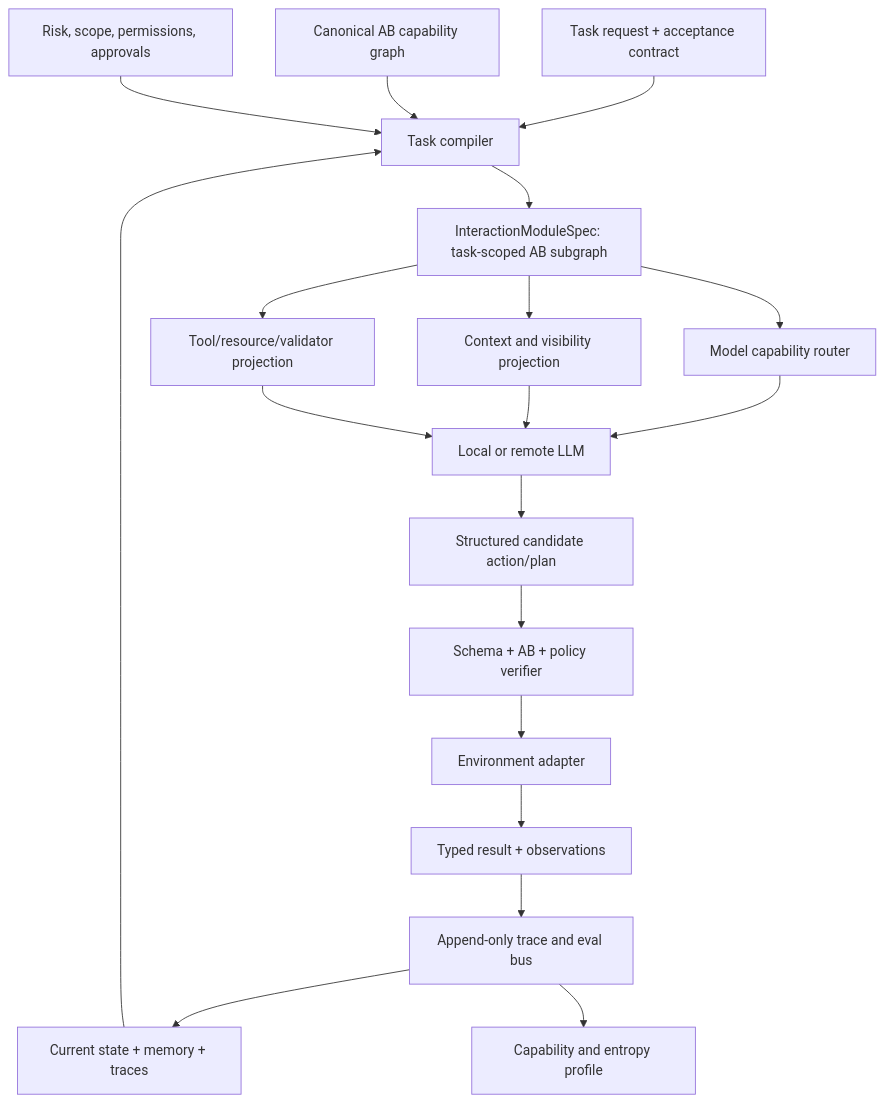
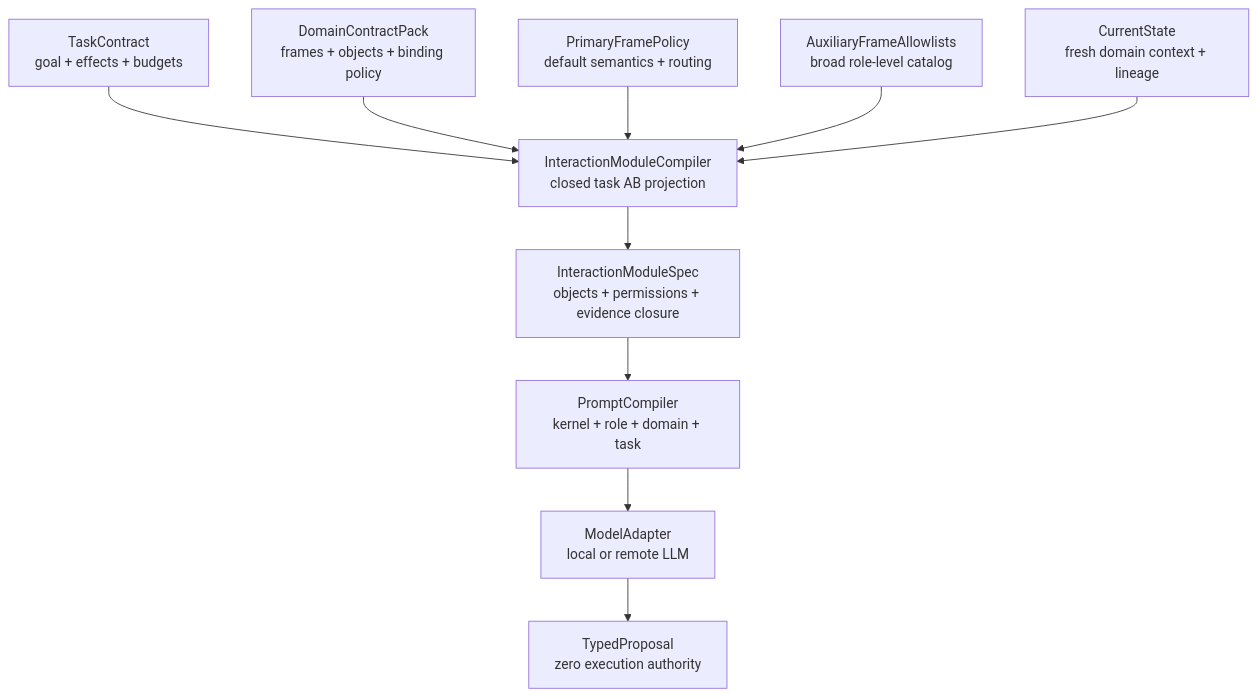
The third of 7 diagrams in docs/architecture/universal_agentic_harness_foundation.md (ieverythng/universal-agentic-harness), drawn with Mermaid before and after one commit. The commit also changed other lines of this file and 20 other files, not shown here.

````diff
--- a/docs/architecture/universal_agentic_harness_foundation.md
+++ b/docs/architecture/universal_agentic_harness_foundation.md
@@ -147,24 +250,23 @@
 ```mermaid
+%% uah-render: Figure 2. Role-authorized frames compiled into one task projection
 flowchart TB
-    Task["Task request + acceptance contract"] --> Compiler["Task compiler"]
-    State["Current state + memory + traces"] --> Compiler
-    AB["Canonical AB capability graph"] --> Compiler
-    Policy["Risk, scope, permissions, approvals"] --> Compiler
-
-    Compiler --> Module["InteractionModuleSpec: task-scoped AB subgraph"]
-    Module --> Context["Context and visibility projection"]
-    Module --> Tools["Tool/resource/validator projection"]
-    Module --> ModelRouter["Model capability router"]
-
-    ModelRouter --> Model["Local or remote LLM"]
-    Context --> Model
-    Tools --> Model
-    Model --> Candidate["Structured candidate action/plan"]
-
-    Candidate --> Verifier["Schema + AB + policy verifier"]
-    Verifier --> Runtime["Environment adapter"]
-    Runtime --> Evidence["Typed result + observations"]
-    Evidence --> Trace["Append-only trace and eval bus"]
-    Trace --> State
-    Trace --> Profile["Capability and entropy profile"]
+    Task["TaskContract<br/>goal + effects + budgets"]:::semantic
+    Domain["DomainContractPack<br/>frames + objects + binding policy"]:::semantic
+    Primary["PrimaryFramePolicy<br/>default semantics + routing"]:::identity
+    Auxiliary["AuxiliaryFrameAllowlists<br/>broad role-level catalog"]:::identity
+    State["CurrentState<br/>fresh domain context + lineage"]:::projection
+    Interaction["InteractionModuleCompiler<br/>closed task AB projection"]:::compiler
+    Module["InteractionModuleSpec<br/>objects + permissions + evidence closure"]:::projection
+    Prompt["PromptCompiler<br/>kernel + role + domain + task"]:::compiler
+    Model["ModelAdapter<br/>local or remote LLM"]:::model
+    Proposal["TypedProposal<br/>zero execution authority"]:::proposal
+    Task --> Interaction
+    Domain --> Interaction
+    Primary --> Interaction
+    Auxiliary --> Interaction
+    State --> Interaction
+    Interaction --> Module
+    Module --> Prompt
+    Prompt --> Model
+    Model --> Proposal
 ```
````
